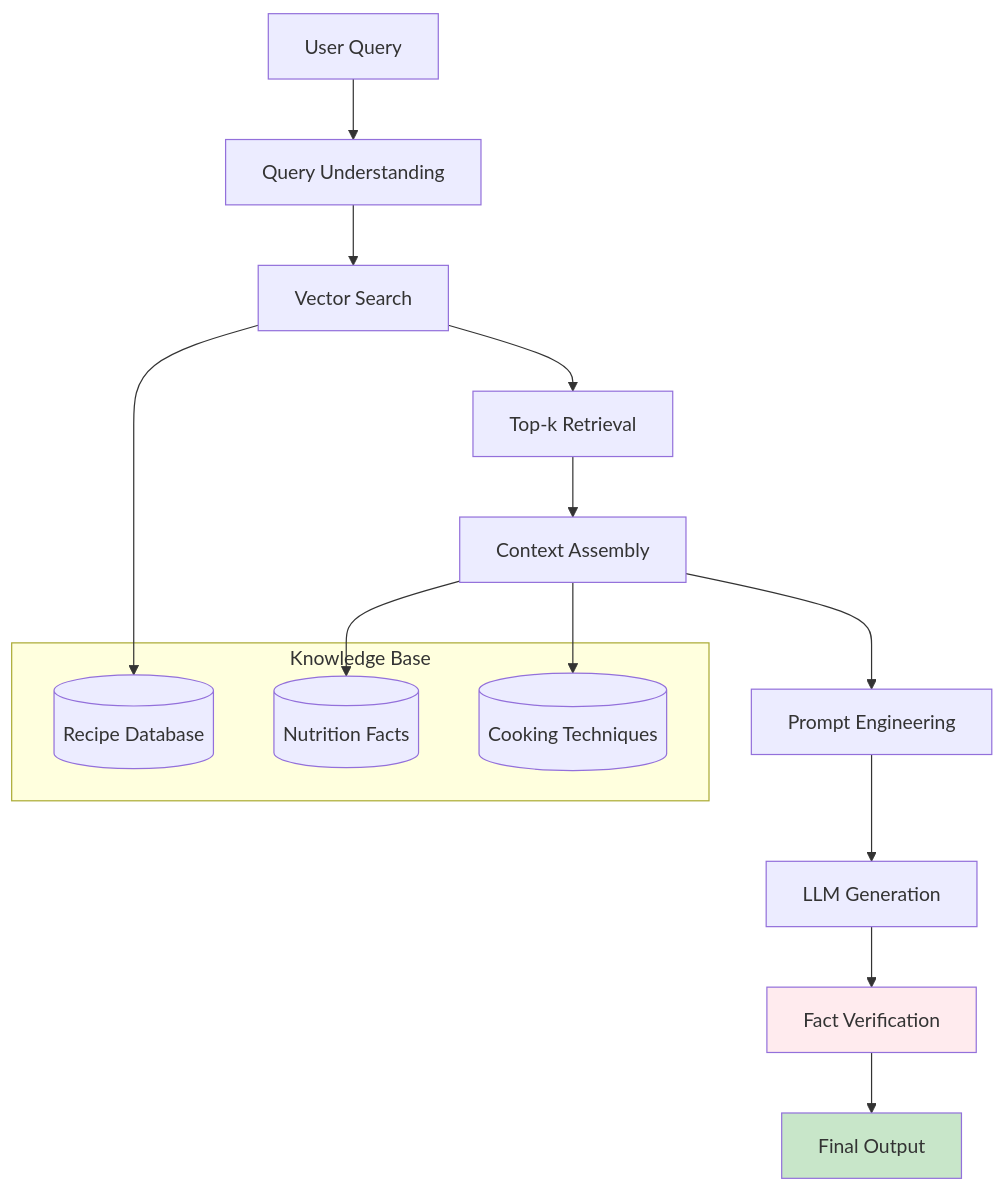
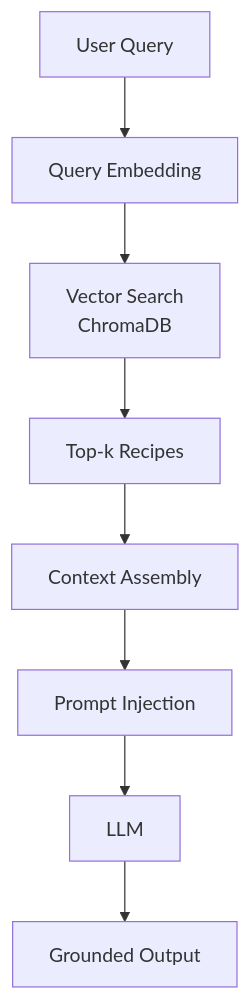
Before and after one commit to Riyans13h/NutriChefAI.: the fourth of 5 diagrams in README.md, drawn with Mermaid. The commit also changed other lines of this file, not shown here.

````diff
--- a/README.md
+++ b/README.md
@@ -275,24 +177,10 @@
 ```mermaid
-graph TB
-    A[User Query] --> B[Query Understanding]
-    B --> C[Vector Search]
-    C --> D[Top-k Retrieval]
-    D --> E[Context Assembly]
-    E --> F[Prompt Engineering]
-    F --> G[LLM Generation]
-    G --> H[Fact Verification]
-    H --> I[Final Output]
-    
-    subgraph "Knowledge Base"
-        J[(Recipe Database)]
-        K[(Nutrition Facts)]
-        L[(Cooking Techniques)]
-    end
-    
-    C --> J
-    E --> K
-    E --> L
-    
-    style H fill:#ffebee
-    style I fill:#c8e6c9
+graph TD
+    Q[User Query] --> E[Query Embedding]
+    E --> S[Vector Search<br/>ChromaDB]
+    S --> T[Top-k Recipes]
+    T --> C[Context Assembly]
+    C --> P[Prompt Injection]
+    P --> L[LLM]
+    L --> O[Grounded Output]
 ```
````
